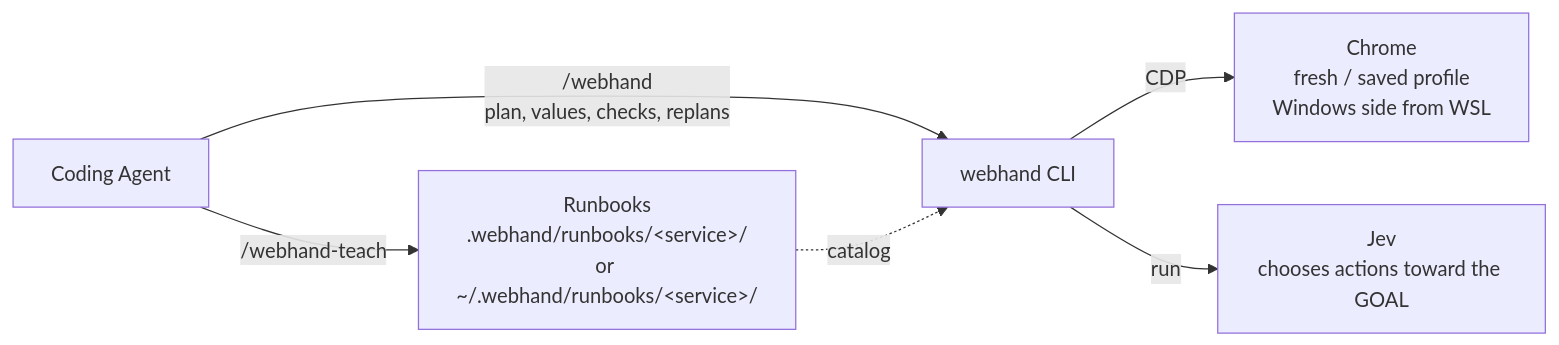
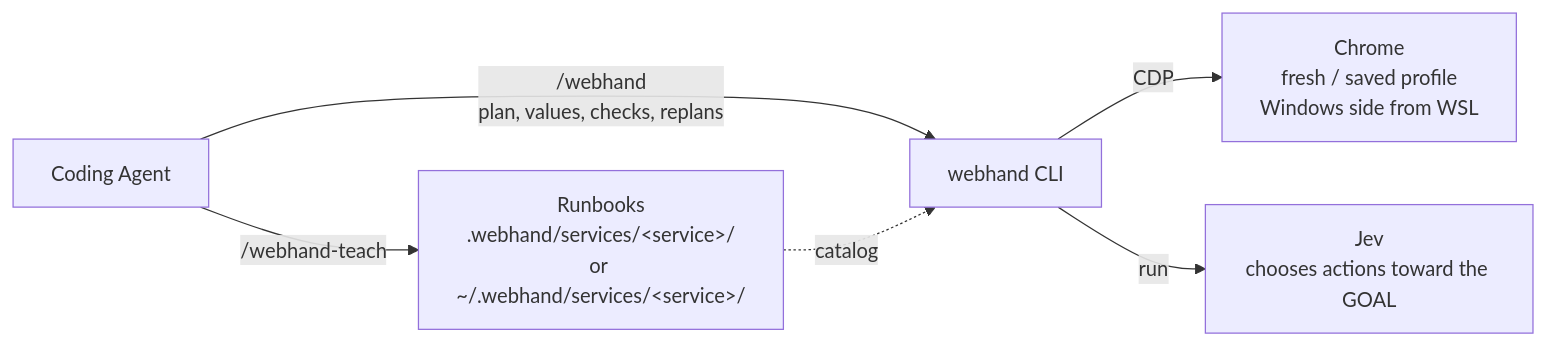
The diagram in docs/reference.md (sakamoto66/webhand), drawn with Mermaid before and after one commit. The commit also changed other lines of this file and 41 other files, not shown here.

````diff
--- a/docs/reference.md
+++ b/docs/reference.md
@@ -20,8 +20,8 @@
 ```mermaid
 flowchart LR
-  AG["Coding Agent"] -->|"/webhand-teach"| RB["Runbooks<br>.webhand/runbooks/#lt;service#gt;/<br>or ~/.webhand/runbooks/#lt;service#gt;/"]
+  AG["Coding Agent"] -->|"/webhand-teach"| RB["Runbooks<br>.webhand/services/#lt;service#gt;/<br>or ~/.webhand/services/#lt;service#gt;/"]
   AG -->|"/webhand<br>plan, values, checks, replans"| CLI["webhand CLI"]
   RB -.->|"catalog"| CLI
   CLI -->|"CDP"| CH["Chrome<br>fresh / saved profile<br>Windows side from WSL"]
   CLI -->|"run"| JEV["Jev<br>chooses actions toward the GOAL"]
 ```
````
